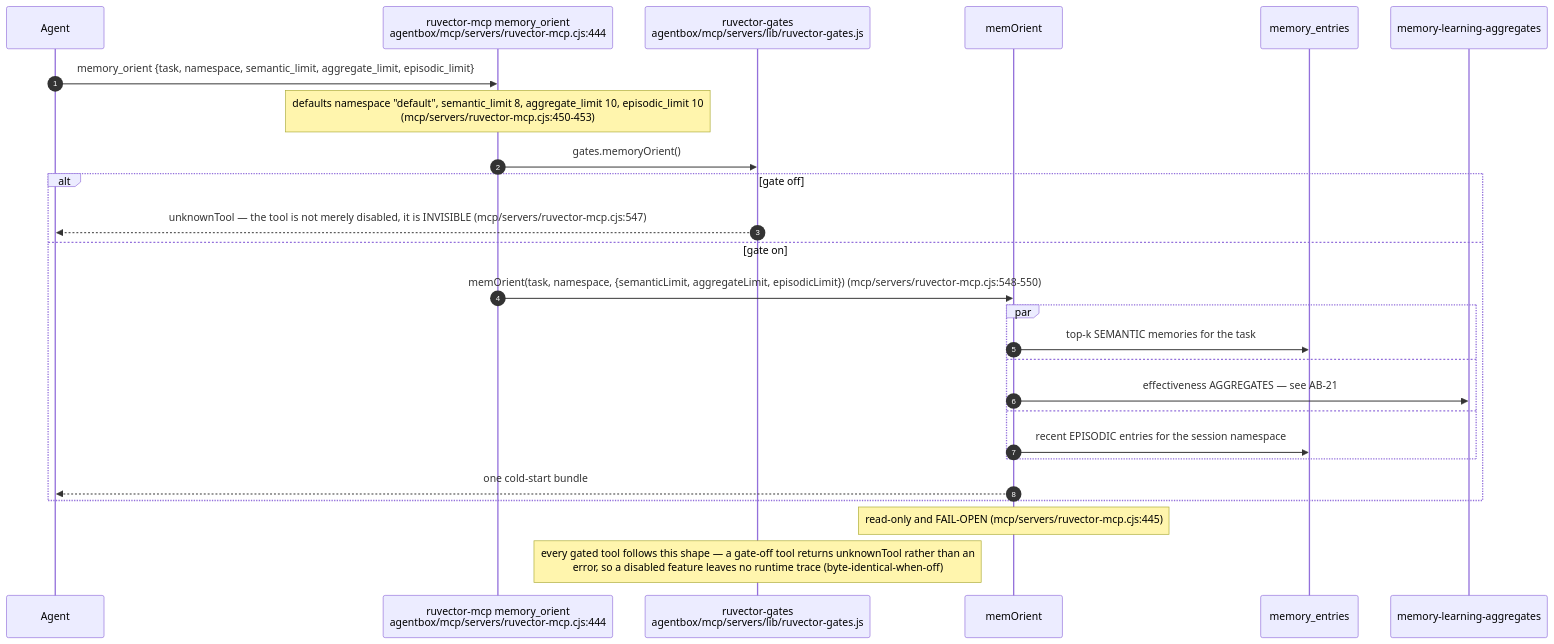
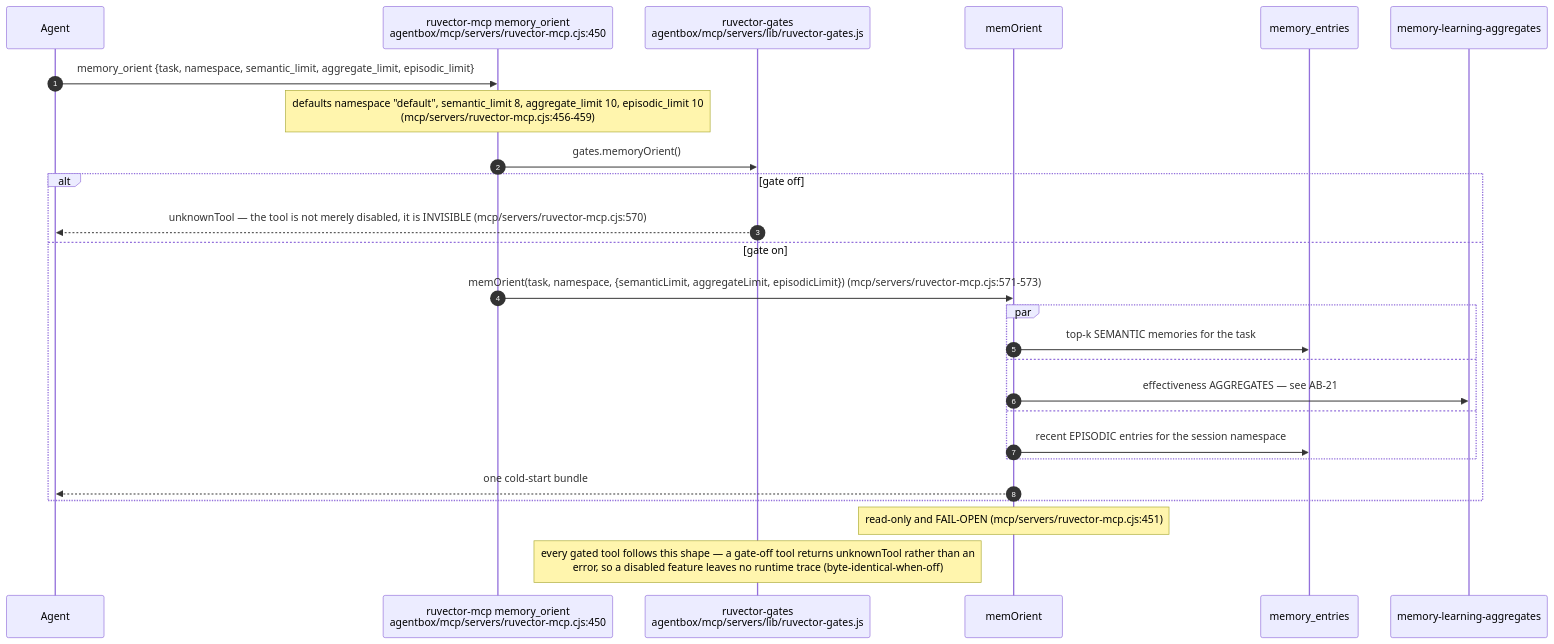
The sixth of 13 diagrams in docs/diagrams/agentbox/20-ruvector-memory-path.md (DreamLab-AI/VisionFlow), drawn with Mermaid before and after one commit. The commit also changed other lines of this file and 28 other files, not shown here.

````diff
--- a/docs/diagrams/agentbox/20-ruvector-memory-path.md
+++ b/docs/diagrams/agentbox/20-ruvector-memory-path.md
@@ -215,29 +219,29 @@
 ```mermaid
 sequenceDiagram
     autonumber
     participant AG as Agent
-    participant SRV as ruvector-mcp memory_orient<br/>agentbox/mcp/servers/ruvector-mcp.cjs:444
+    participant SRV as ruvector-mcp memory_orient<br/>agentbox/mcp/servers/ruvector-mcp.cjs:450
     participant G as ruvector-gates<br/>agentbox/mcp/servers/lib/ruvector-gates.js
     participant OR as memOrient
     participant PG as memory_entries
     participant AGG as memory-learning-aggregates
 
     AG->>SRV: memory_orient {task, namespace, semantic_limit, aggregate_limit, episodic_limit}
-    Note over SRV: defaults namespace "default", semantic_limit 8, aggregate_limit 10, episodic_limit 10<br/>(mcp/servers/ruvector-mcp.cjs:450-453)
+    Note over SRV: defaults namespace "default", semantic_limit 8, aggregate_limit 10, episodic_limit 10<br/>(mcp/servers/ruvector-mcp.cjs:456-459)
     SRV->>G: gates.memoryOrient()
     alt gate off
-        G-->>AG: unknownTool — the tool is not merely disabled, it is INVISIBLE (mcp/servers/ruvector-mcp.cjs:547)
+        G-->>AG: unknownTool — the tool is not merely disabled, it is INVISIBLE (mcp/servers/ruvector-mcp.cjs:570)
     else gate on
-        SRV->>OR: memOrient(task, namespace, {semanticLimit, aggregateLimit, episodicLimit}) (mcp/servers/ruvector-mcp.cjs:548-550)
+        SRV->>OR: memOrient(task, namespace, {semanticLimit, aggregateLimit, episodicLimit}) (mcp/servers/ruvector-mcp.cjs:571-573)
         par
             OR->>PG: top-k SEMANTIC memories for the task
         and
             OR->>AGG: effectiveness AGGREGATES — see AB-21
         and
             OR->>PG: recent EPISODIC entries for the session namespace
         end
         OR-->>AG: one cold-start bundle
     end
-    Note over OR: read-only and FAIL-OPEN (mcp/servers/ruvector-mcp.cjs:445)
+    Note over OR: read-only and FAIL-OPEN (mcp/servers/ruvector-mcp.cjs:451)
     Note over G: every gated tool follows this shape — a gate-off tool returns unknownTool rather than an<br/>error, so a disabled feature leaves no runtime trace (byte-identical-when-off)
 ```
````
